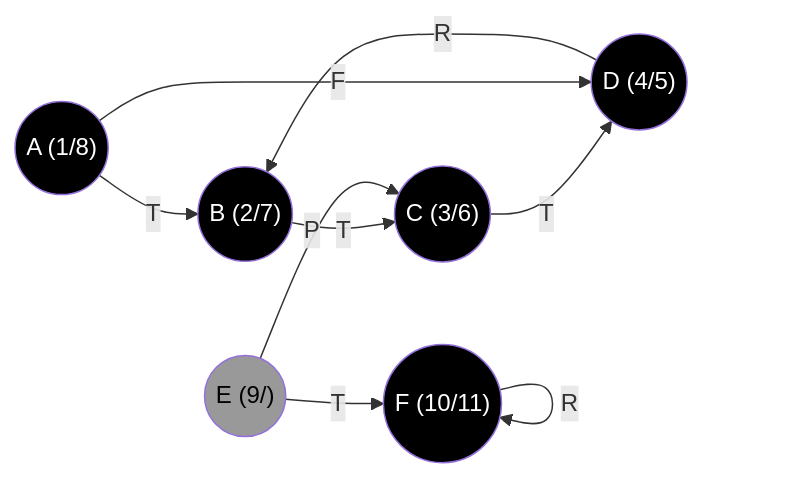
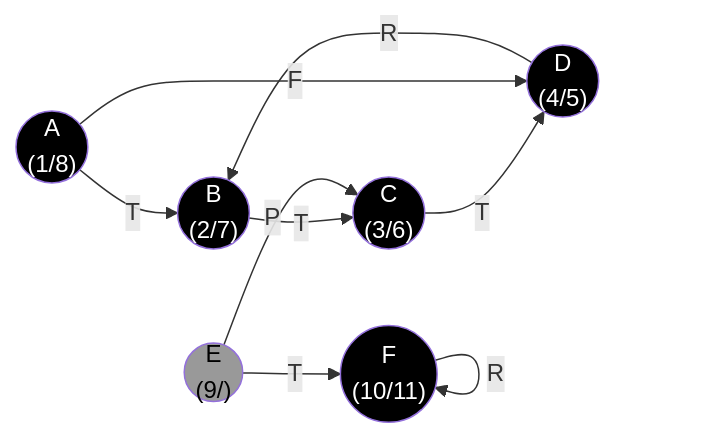
One commit to UFMG-Organizacao-de-Disciplinas/DCC865-Projeto_e_Analise_de_Algoritmos changed diagram 19 of 27 in 2024.2/Materiais enviados/Listas/Resoluções/Lista 3.md. Above: the diagram before and after it, drawn with Mermaid. The commit also changed other lines of this file and 1 other file, not shown here.

````diff
--- a/2024.2/Materiais enviados/Listas/Resoluções/Lista 3.md
+++ b/2024.2/Materiais enviados/Listas/Resoluções/Lista 3.md
@@ -859,28 +862,28 @@
 ```mermaid
 graph LR
     %% Coloração: fundo branco, texto preto
     style A fill:#000,color:#fff
     style B fill:#000,color:#fff
     style C fill:#000,color:#fff
     style D fill:#000,color:#fff
     style E fill:#999,color:#000
     style F fill:#000,color:#fff
     
     %% Vértices
-    A(("A (1/8)"))
-    B(("B (2/7)"))
-    C(("C (3/6)"))
-    D(("D (4/5)"))
-    E(("E (9/)"))
-    F(("F (10/11)"))
+    A(("A <br> (1/8)"))
+    B(("B <br> (2/7)"))
+    C(("C <br> (3/6)"))
+    D(("D <br> (4/5)"))
+    E(("E <br> (9/)"))
+    F(("F <br> (10/11)"))
 
     %% Arestas
     A -->|T| B
     B -->|T| C
     C -->|T| D
     A -->|F| D
     D -->|R| B
     E -->|P| C
     E -->|T| F
     F -->|R| F
 ```
````
